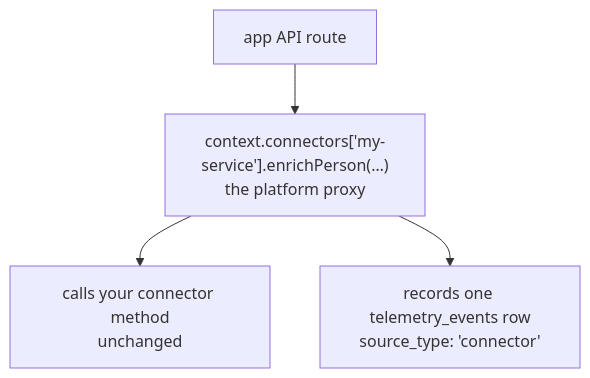
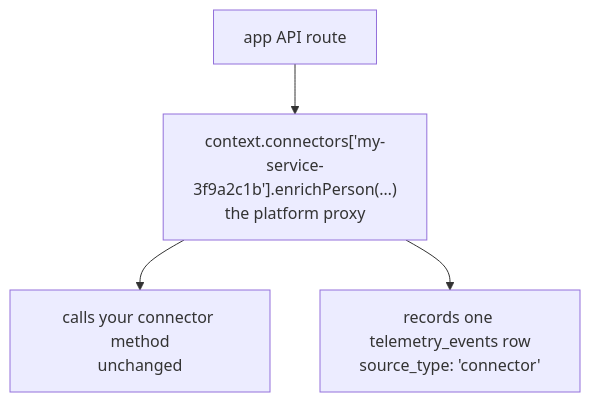
The diagram in docs/connectors/telemetry.md (mixoshq/mixos), drawn with Mermaid before and after one commit. The commit also changed other lines of this file and 53 other files, not shown here.

````diff
--- a/docs/connectors/telemetry.md
+++ b/docs/connectors/telemetry.md
@@ -32,9 +32,9 @@
 ```mermaid
 flowchart TD
     ROUTE["app API route"] --> PROXY
 
-    PROXY["context.connectors['my-service'].enrichPerson(…)<br/>the platform proxy"]
+    PROXY["context.connectors['my-service-3f9a2c1b'].enrichPerson(…)<br/>the platform proxy"]
 
     PROXY --> CALL["calls your connector method<br/>unchanged"]
     PROXY --> ROW["records one telemetry_events row<br/>source_type: 'connector'"]
 ```
````
